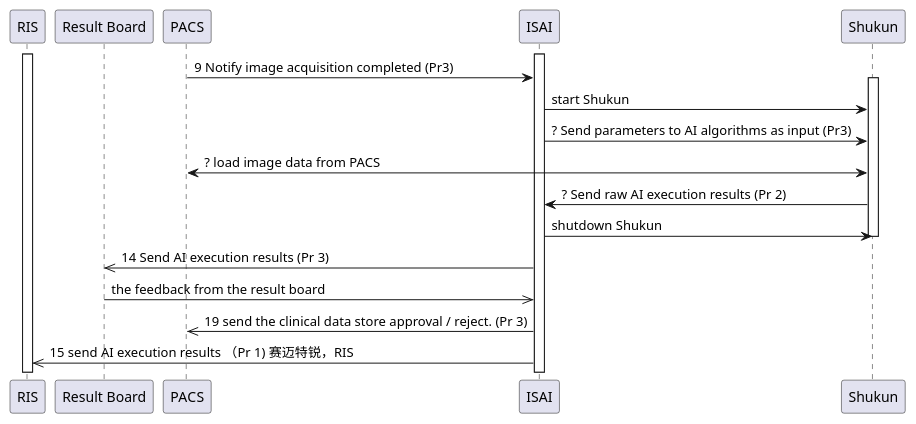
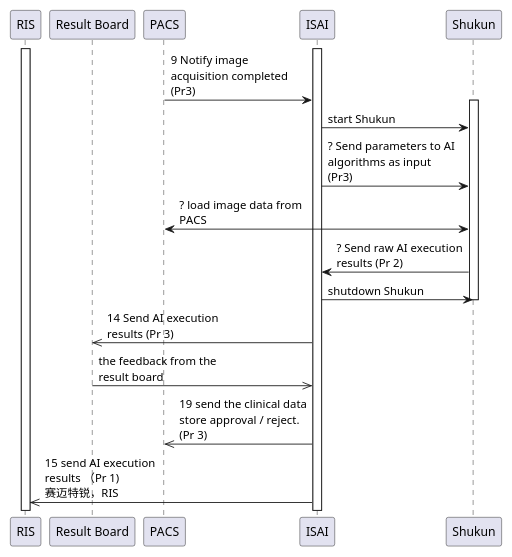
Before and after one commit to xmiao/AI.interoperability: the diagram in input/images-source/uc1-shukun.plantuml, drawn with PlantUML. The commit also changed 5 other files, not shown here.

```diff
--- a/input/images-source/uc1-shukun.plantuml
+++ b/input/images-source/uc1-shukun.plantuml
@@ -1,25 +1,26 @@
 @startuml
-
+skinparam maxMessageSize 150
+scale 500 width
 
 participant "RIS" as RIS
 participant "Result Board" as AIR
 participant "PACS" as PACS
 participant "ISAI" as ISAI
 participant "Shukun" as Shukun
 
 activate ISAI
 activate RIS
 PACS -> ISAI: 9 Notify image acquisition completed (Pr3)
 activate Shukun
 ISAI -> Shukun: start Shukun
 ISAI -> Shukun: ? Send parameters to AI algorithms as input (Pr3)
 PACS <-> Shukun: ? load image data from PACS
 Shukun -> ISAI: ? Send raw AI execution results (Pr 2)
 ISAI -> Shukun: shutdown Shukun
 deactivate Shukun
 
 ISAI->> AIR: 14 Send AI execution results (Pr 3)
 AIR->>  ISAI: the feedback from the result board
 ISAI->> PACS: 19 send the clinical data store approval / reject. (Pr 3)
 ISAI->> RIS: 15 send AI execution results （Pr 1) 赛迈特锐，RIS
 @enduml
```
